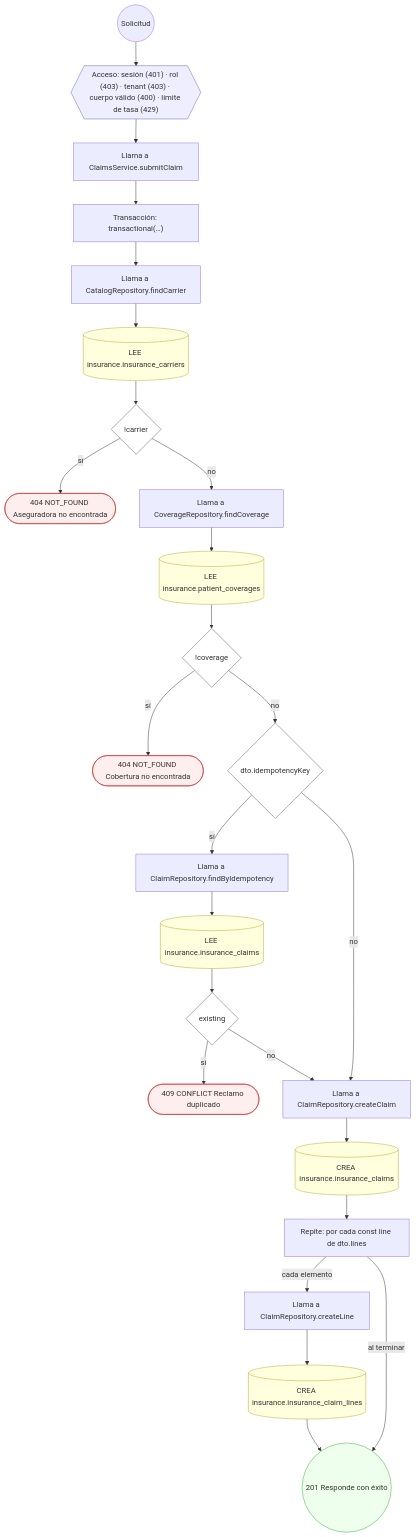
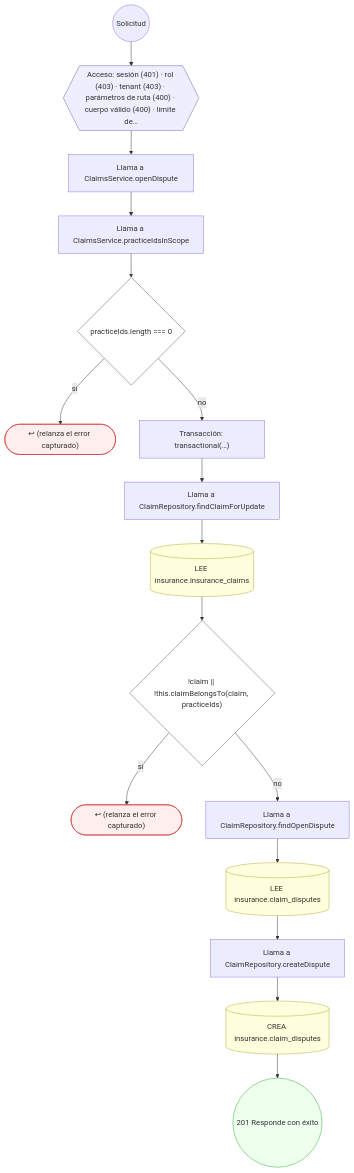
Diagram 26 of 56 in docs/inventario/flujos/insurance.md (mdavila-2001/mantra-core-health-api), drawn with Mermaid before and after one commit. The commit also changed other lines of this file and 451 other files, not shown here.

First line of the commit message:
chore(data_catalog): contrato OpenAPI, inventario y pruebas al día con el diseño del #660

````diff
--- a/docs/inventario/flujos/insurance.md
+++ b/docs/inventario/flujos/insurance.md
@@ -812,56 +2514,40 @@
 ```mermaid
 flowchart TD
   n1(("Solicitud")):::inicio
-  n2{{"Acceso: sesión (401) · rol (403) · tenant (403) · cuerpo válido (400) · límite de tasa (429)"}}:::acceso
+  n2{{"Acceso: sesión (401) · rol (403) · tenant (403) · parámetros de ruta (400) · cuerpo válido (400) · límite de…"}}:::acceso
   n1 --> n2
-  n3["Llama a ClaimsService.submitClaim"]:::llamada
+  n3["Llama a ClaimsService.openDispute"]:::llamada
   n2 --> n3
-  n4["Transacción: transactional(…)"]:::transaccion
+  n4["Llama a ClaimsService.practiceIdsInScope"]:::llamada
   n3 --> n4
-  n5["Llama a CatalogRepository.findCarrier"]:::llamada
+  n5{"practiceIds.length === 0"}:::decision
   n4 --> n5
-  n6[("LEE insurance.insurance_carriers")]:::efecto
-  n5 --> n6
-  n7{"!carrier"}:::decision
-  n6 --> n7
-  n8(["404 NOT_FOUND Aseguradora no encontrada"]):::error
-  n7 -->|"sí"| n8
-  n9["Llama a CoverageRepository.findCoverage"]:::llamada
-  n7 -->|"no"| n9
-  n10[("LEE insurance.patient_coverages")]:::efecto
+  n6(["↩ (relanza el error capturado)"]):::error
+  n5 -->|"sí"| n6
+  n7["Transacción: transactional(…)"]:::transaccion
+  n5 -->|"no"| n7
+  n8["Llama a ClaimRepository.findClaimForUpdate"]:::llamada
+  n7 --> n8
+  n9[("LEE insurance.insurance_claims")]:::efecto
+  n8 --> n9
+  n10{"!claim || !this.claimBelongsTo(claim, practiceIds)"}:::decision
   n9 --> n10
-  n11{"!coverage"}:::decision
-  n10 --> n11
-  n12(["404 NOT_FOUND Cobertura no encontrada"]):::error
-  n11 -->|"sí"| n12
-  n13{"dto.idempotencyKey"}:::decision
-  n11 -->|"no"| n13
-  n14["Llama a ClaimRepository.findByIdempotency"]:::llamada
-  n13 -->|"sí"| n14
-  n15[("LEE insurance.insurance_claims")]:::efecto
+  n11(["↩ (relanza el error capturado)"]):::error
+  n10 -->|"sí"| n11
+  n12["Llama a ClaimRepository.findOpenDispute"]:::llamada
+  n10 -->|"no"| n12
+  n13[("LEE insurance.claim_disputes")]:::efecto
+  n12 --> n13
+  n14["Llama a ClaimRepository.createDispute"]:::llamada
+  n13 --> n14
+  n15[("CREA insurance.claim_disputes")]:::efecto
   n14 --> n15
-  n16{"existing"}:::decision
+  n16(("201 Responde con éxito")):::ok
   n15 --> n16
-  n17(["409 CONFLICT Reclamo duplicado"]):::error
-  n16 -->|"sí"| n17
-  n18["Llama a ClaimRepository.createClaim"]:::llamada
-  n16 -->|"no"| n18
-  n13 -->|"no"| n18
-  n19[("CREA insurance.insurance_claims")]:::efecto
-  n18 --> n19
-  n20["Repite: por cada const line de dto.lines"]:::bucle
-  n19 --> n20
-  n21["Llama a ClaimRepository.createLine"]:::llamada
-  n20 -->|"cada elemento"| n21
-  n22[("CREA insurance.insurance_claim_lines")]:::efecto
-  n21 --> n22
-  n23(("201 Responde con éxito")):::ok
-  n22 --> n23
-  n20 -->|"al terminar"| n23
   classDef acceso fill:#eef,stroke:#66a
   classDef error fill:#fee,stroke:#c33
   classDef ok fill:#efe,stroke:#3a3
   classDef efecto fill:#ffd,stroke:#aa3
   classDef decision fill:#fff,stroke:#555
   classDef corte fill:#eee,stroke:#999,stroke-dasharray: 4
 ```
````
